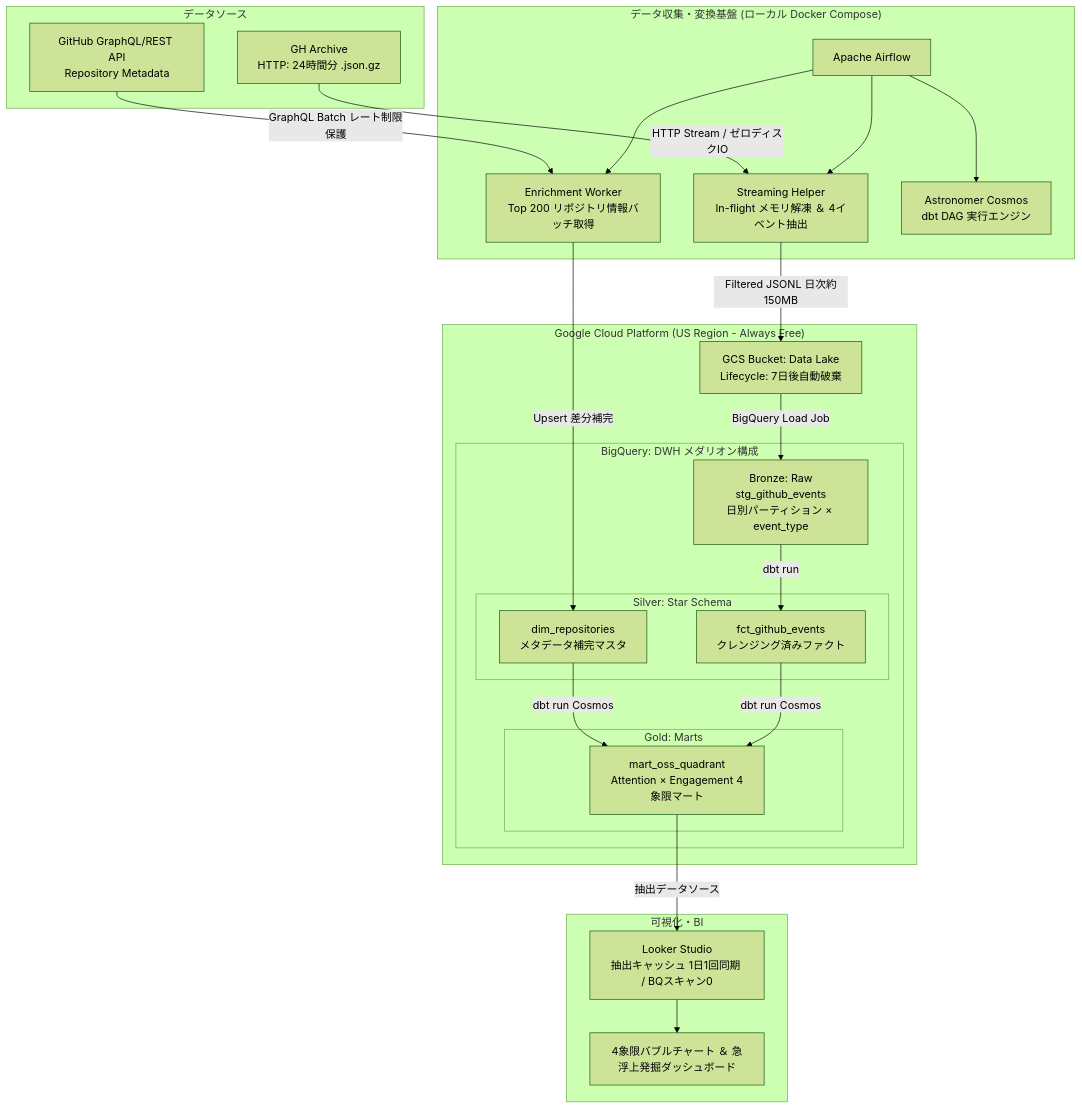
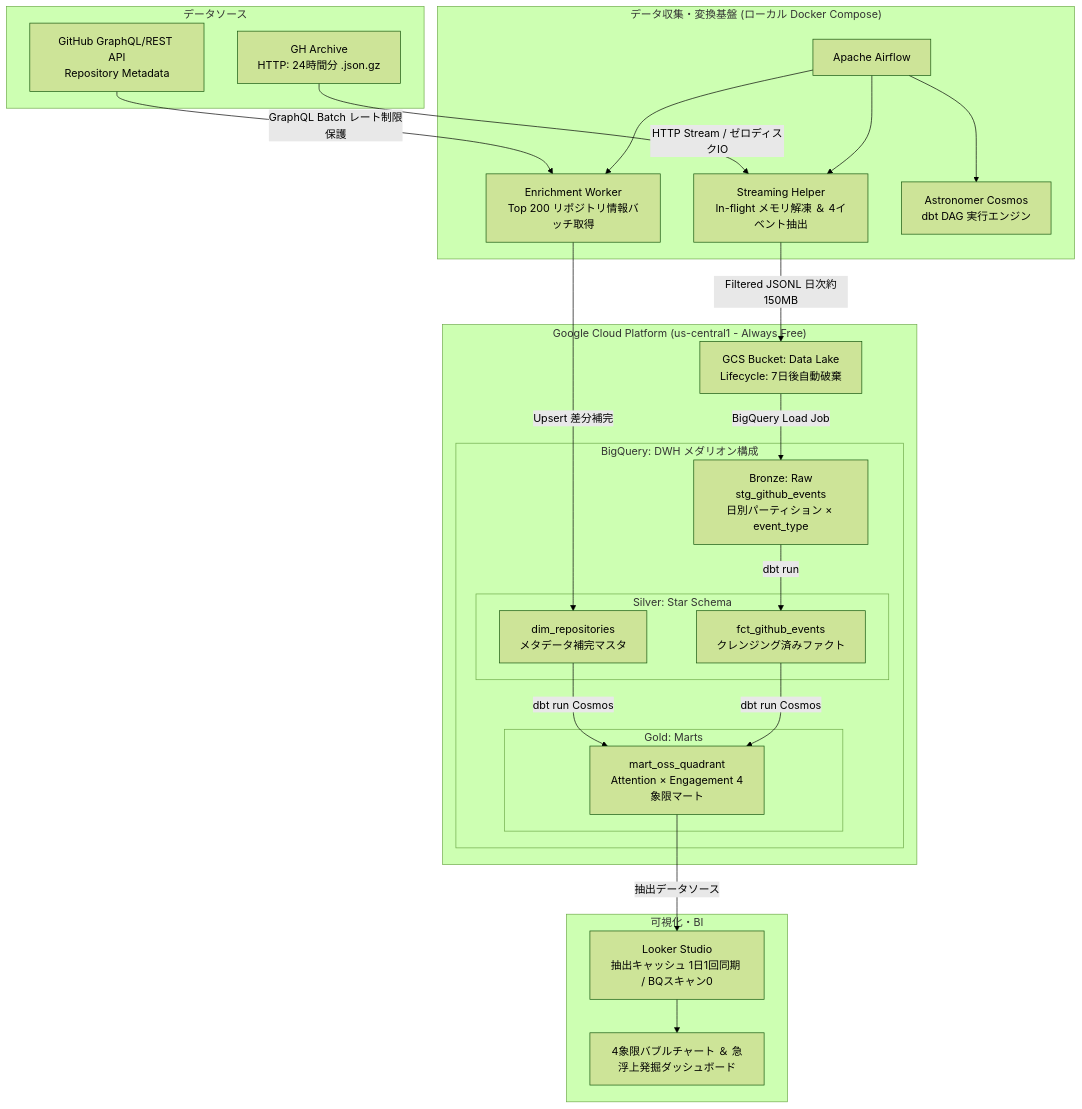
One commit to xzyozi/gh-archive-lakehouse changed the diagram in docs/design/BD-001_基本設計書.md. Above: the diagram before and after it, drawn with Mermaid (forest theme). The commit also changed other lines of this file and 1 other file, not shown here.

Commit message:
[docs] リージョンをus-central1に決定しBD-001とIssue記録を更新 (#16)

````diff
--- a/docs/design/BD-001_基本設計書.md
+++ b/docs/design/BD-001_基本設計書.md
@@ -88,54 +88,54 @@
 ```mermaid
 flowchart TD
     subgraph Source ["データソース"]
         GHA["GH Archive<br/>HTTP: 24時間分 .json.gz"]
         GHAPI["GitHub GraphQL/REST API<br/>Repository Metadata"]
     end
 
     subgraph Ingestion ["データ収集・変換基盤 (ローカル Docker Compose)"]
         Airflow["Apache Airflow"]
         StreamEngine["Streaming Helper<br/>In-flight メモリ解凍 ＆ 4イベント抽出"]
         EnrichTask["Enrichment Worker<br/>Top 200 リポジトリ情報バッチ取得"]
         Cosmos["Astronomer Cosmos<br/>dbt DAG 実行エンジン"]
         
         Airflow --> StreamEngine
         Airflow --> EnrichTask
         Airflow --> Cosmos
     end
 
-    subgraph GCP ["Google Cloud Platform (US Region - Always Free)"]
+    subgraph GCP ["Google Cloud Platform (us-central1 - Always Free)"]
         GCS["GCS Bucket: Data Lake<br/>Lifecycle: 7日後自動破棄"]
         
         subgraph BigQuery ["BigQuery: DWH メダリオン構成"]
             Bronze["Bronze: Raw<br/>stg_github_events<br/>日別パーティション × event_type"]
             
             subgraph Silver ["Silver: Star Schema"]
                 FCT["fct_github_events<br/>クレンジング済みファクト"]
                 DIM["dim_repositories<br/>メタデータ補完マスタ"]
             end
             
             subgraph Gold ["Gold: Marts"]
                 MART["mart_oss_quadrant<br/>Attention × Engagement 4象限マート"]
             end
         end
     end
 
     subgraph Visualization ["可視化・BI"]
         Looker["Looker Studio<br/>抽出キャッシュ 1日1回同期 / BQスキャン0"]
         Dashboard["4象限バブルチャート ＆ 急浮上発掘ダッシュボード"]
         Looker --> Dashboard
     end
 
     GHA -->|HTTP Stream / ゼロディスクIO| StreamEngine
     StreamEngine -->|Filtered JSONL 日次約150MB| GCS
     GCS -->|BigQuery Load Job| Bronze
     
     Bronze -->|dbt run| FCT
     EnrichTask -->|Upsert 差分補完| DIM
     GHAPI -->|GraphQL Batch レート制限保護| EnrichTask
     
     FCT -->|dbt run Cosmos| MART
     DIM -->|dbt run Cosmos| MART
     
     MART -->|抽出データソース| Looker
 ```
````
